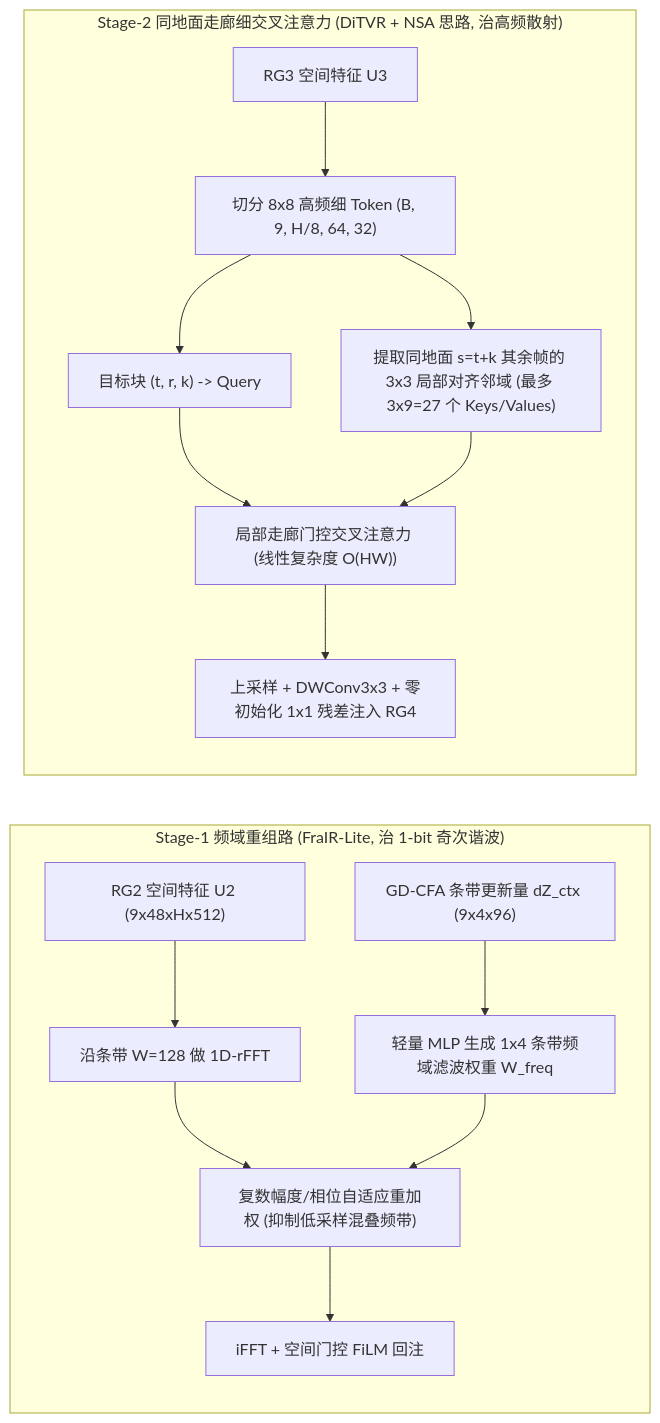
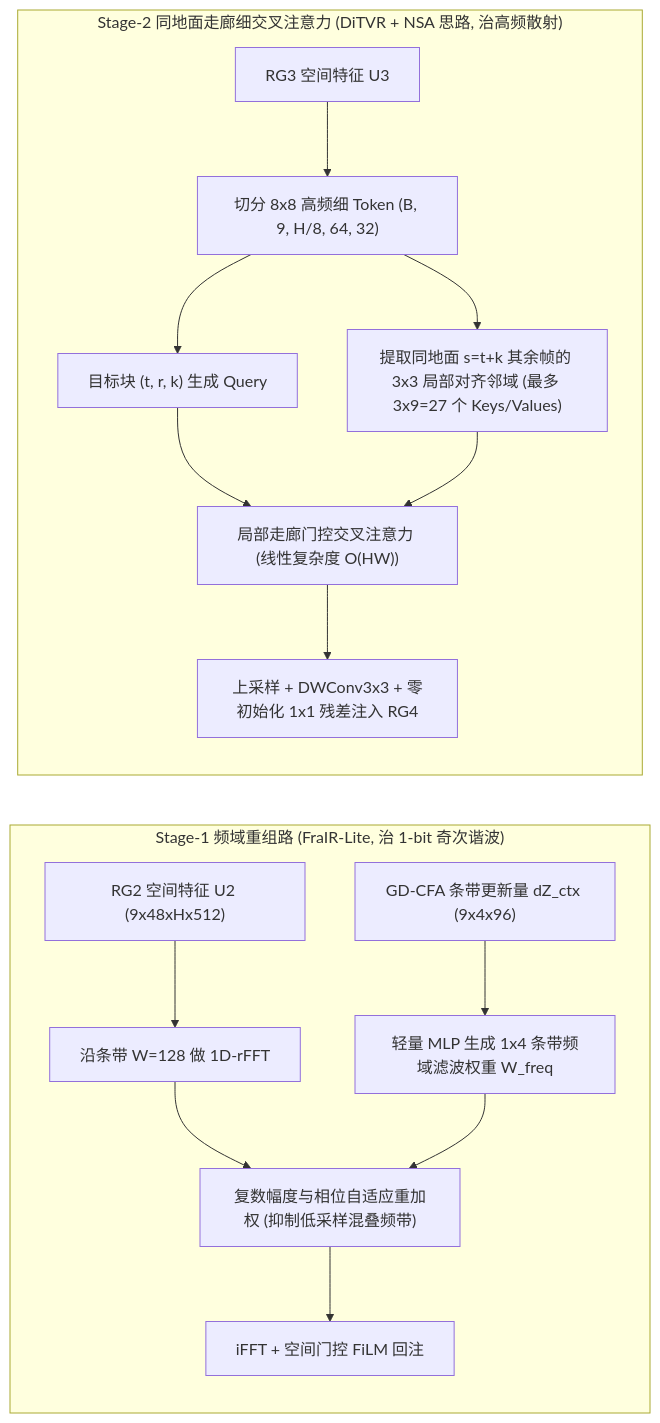
One commit to deathend110/SAR_Sequence_Restore changed the fifth of 5 diagrams in docs/架构设计A_基于当前跨帧Token实验演进.md. Above: the diagram before and after it, drawn with Mermaid. The commit also changed other lines of this file and 1 other file, not shown here.

Commit message:
修复两份架构设计文档在Typora中的公式与Mermaid渲染语法错误

````diff
--- a/docs/架构设计A_基于当前跨帧Token实验演进.md
+++ b/docs/架构设计A_基于当前跨帧Token实验演进.md
@@ -187,19 +207,19 @@
 ```mermaid
-flowchart LR
-    subgraph P1["Stage-1 频域重组路 (FraIR-Lite, 治 1-bit 奇次谐波)"]
+graph LR
+    subgraph P1 ["Stage-1 频域重组路 (FraIR-Lite, 治 1-bit 奇次谐波)"]
         DZ["GD-CFA 条带更新量 dZ_ctx (9x4x96)"] --> FGEN["轻量 MLP 生成 1x4 条带频域滤波权重 W_freq"]
         U2["RG2 空间特征 U2 (9x48xHx512)"] --> FFT["沿条带 W=128 做 1D-rFFT"]
-        FFT --> FMOD["复数幅度/相位自适应重加权 (抑制低采样混叠频带)"]
+        FFT --> FMOD["复数幅度与相位自适应重加权 (抑制低采样混叠频带)"]
         FGEN --> FMOD
         FMOD --> IFFT["iFFT + 空间门控 FiLM 回注"]
     end
 
-    subgraph P2["Stage-2 同地面走廊细交叉注意力 (DiTVR + NSA 思路, 治高频散射)"]
+    subgraph P2 ["Stage-2 同地面走廊细交叉注意力 (DiTVR + NSA 思路, 治高频散射)"]
         U3["RG3 空间特征 U3"] --> SPLIT["切分 8x8 高频细 Token (B, 9, H/8, 64, 32)"]
-        SPLIT --> QTOK["目标块 (t, r, k) -> Query"]
+        SPLIT --> QTOK["目标块 (t, r, k) 生成 Query"]
         SPLIT --> KTOK["提取同地面 s=t+k 其余帧的 3x3 局部对齐邻域 (最多 3x9=27 个 Keys/Values)"]
         QTOK --> XATT["局部走廊门控交叉注意力 (线性复杂度 O(HW))"]
         KTOK --> XATT
         XATT --> ZERO["上采样 + DWConv3x3 + 零初始化 1x1 残差注入 RG4"]
     end
 ```
````
